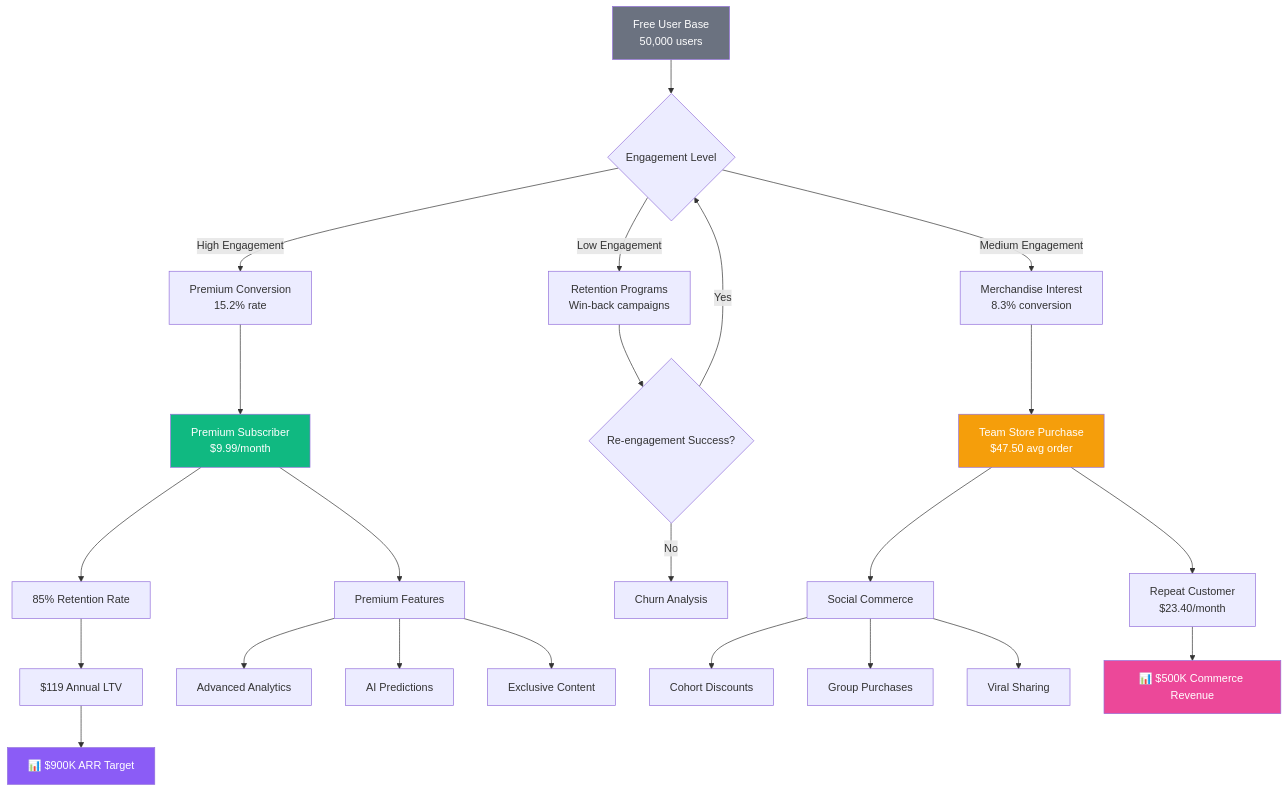
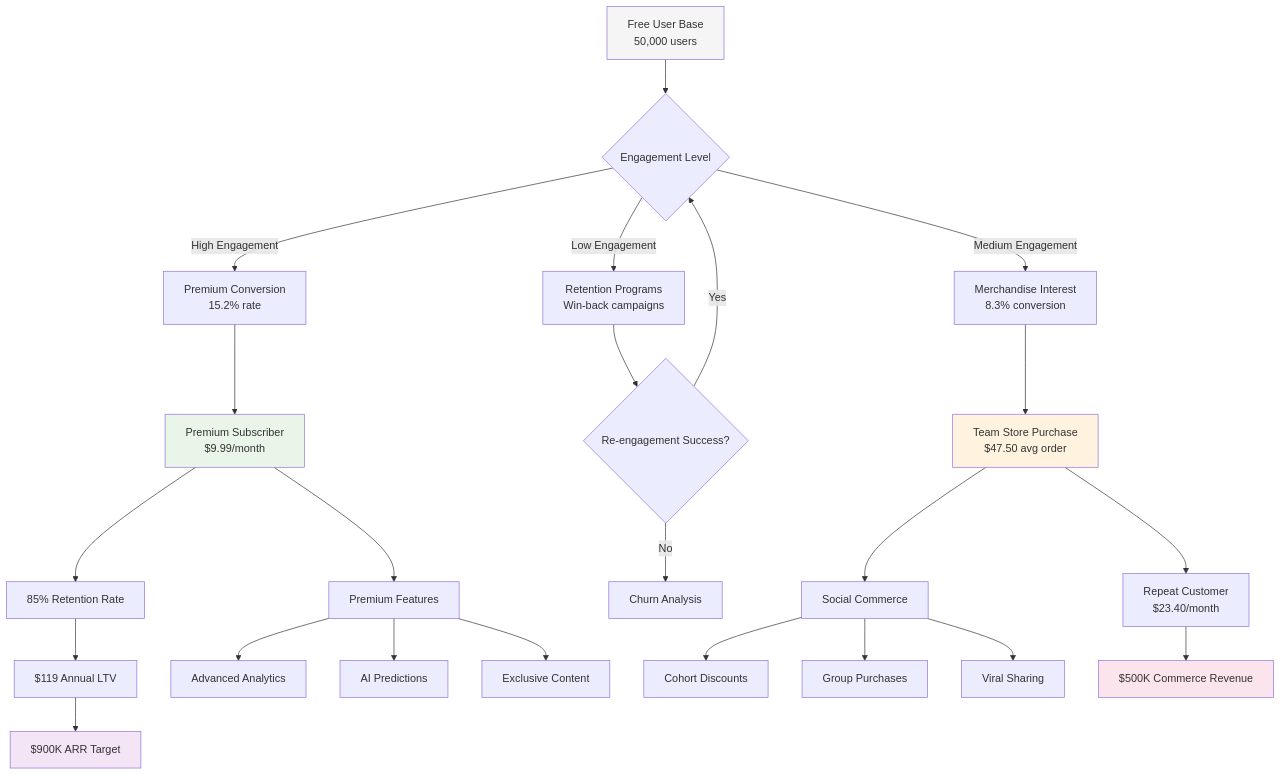
The third of 9 diagrams in docs/investor-flows.md (SkaFld-Ignite/ref-u-wireframes), drawn with Mermaid before and after one commit. The commit also changed other lines of this file and 2 other files, not shown here.

Commit message:
Fix Mermaid diagram colors, perfect wireframe boxes, and rename investor sections to business overview

````diff
--- a/docs/investor-flows.md
+++ b/docs/investor-flows.md
@@ -102,38 +102,38 @@
 ```mermaid
 graph TD
     A[Free User Base<br/>50,000 users] --> B{Engagement Level}
     
     B -->|High Engagement| C[Premium Conversion<br/>15.2% rate]
     B -->|Medium Engagement| D[Merchandise Interest<br/>8.3% conversion]
     B -->|Low Engagement| E[Retention Programs<br/>Win-back campaigns]
     
     C --> F[Premium Subscriber<br/>$9.99/month]
     F --> G[85% Retention Rate]
     G --> H[$119 Annual LTV]
     
     D --> I[Team Store Purchase<br/>$47.50 avg order]
     I --> J[Repeat Customer<br/>$23.40/month]
     
     E --> K{Re-engagement Success?}
     K -->|Yes| B
     K -->|No| L[Churn Analysis]
     
     F --> M[Premium Features]
     M --> N[Advanced Analytics]
     M --> O[AI Predictions]
     M --> P[Exclusive Content]
     
     I --> Q[Social Commerce]
     Q --> R[Cohort Discounts]
     Q --> S[Group Purchases]
     Q --> T[Viral Sharing]
     
-    H --> U[📊 $900K ARR Target]
-    J --> V[📊 $500K Commerce Revenue]
+    H --> U[$900K ARR Target]
+    J --> V[$500K Commerce Revenue]
     
-    style A fill:#6b7280,color:white
-    style F fill:#10b981,color:white
-    style I fill:#f59e0b,color:white
-    style U fill:#8b5cf6,color:white
-    style V fill:#ec4899,color:white
+    style A fill:#f5f5f5
+    style F fill:#e8f5e8
+    style I fill:#fff3e0
+    style U fill:#f3e5f5
+    style V fill:#fce4ec
 ```
````
